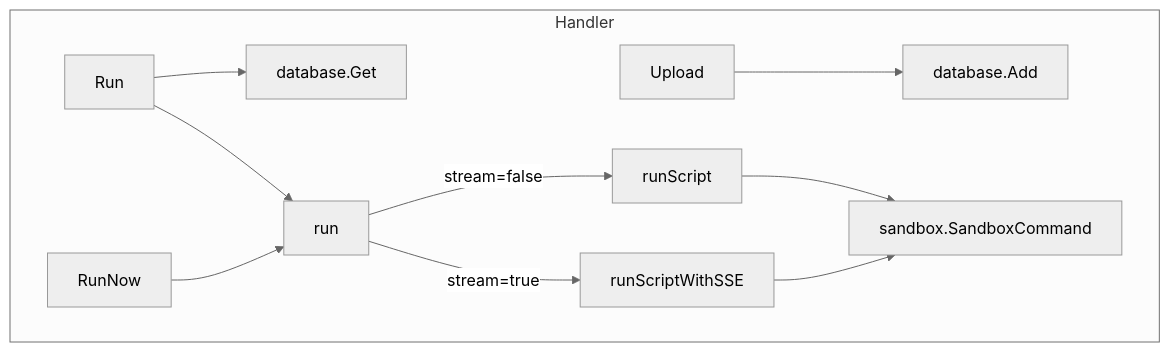
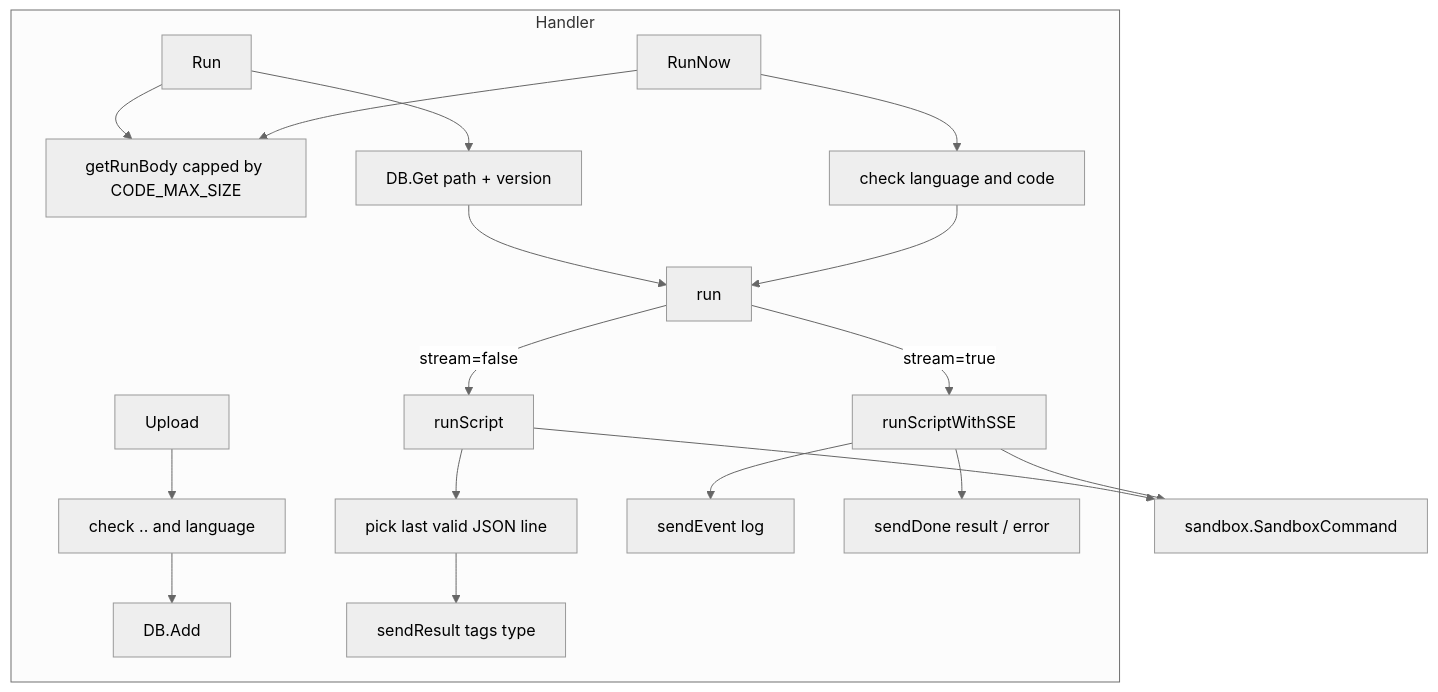
The fourth of 10 diagrams in doc/architecture.md (pardnchiu/HakoRun), drawn with Mermaid (neutral theme) before and after one commit. The commit also changed other lines of this file and 17 other files, not shown here.

````diff
--- a/doc/architecture.md
+++ b/doc/architecture.md
@@ -38,13 +71,21 @@
 ```mermaid
 graph TB
     subgraph Handler
-        Upload[Upload] --> DBAdd[database.Add]
-        Run[Run] --> DBGet[database.Get]
-        Run --> RunCore[run]
-        RunNow[RunNow] --> RunCore
-        RunCore -->|stream=false| RunScript[runScript]
-        RunCore -->|stream=true| RunSSE[runScriptWithSSE]
-        RunScript --> SandboxCmd[sandbox.SandboxCommand]
-        RunSSE --> SandboxCmd
+        Upload[Upload] --> Validate[check .. and language]
+        Validate --> Add[DB.Add]
+        Run[Run] --> Body[getRunBody capped by CODE_MAX_SIZE]
+        RunNow[RunNow] --> Body
+        Run --> Get[DB.Get path + version]
+        RunNow --> Check[check language and code]
+        Get --> Core[run]
+        Check --> Core
+        Core -->|stream=false| RunScript[runScript]
+        Core -->|stream=true| RunSSE[runScriptWithSSE]
+        RunScript --> Pick[pick last valid JSON line]
+        Pick --> Result[sendResult tags type]
+        RunSSE --> Event[sendEvent log]
+        RunSSE --> Done[sendDone result / error]
     end
+    RunScript --> Cmd[sandbox.SandboxCommand]
+    RunSSE --> Cmd
 ```
````
